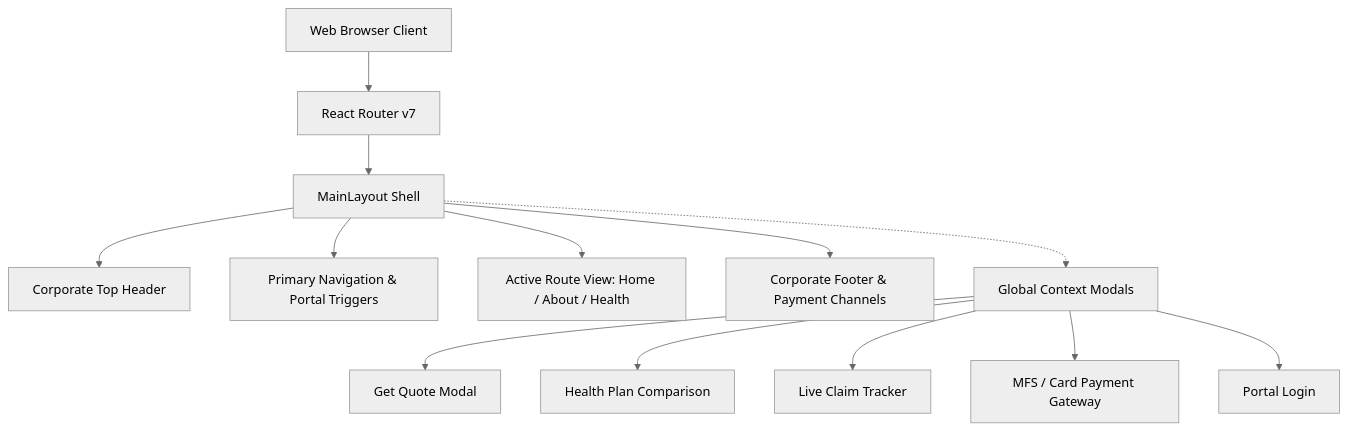
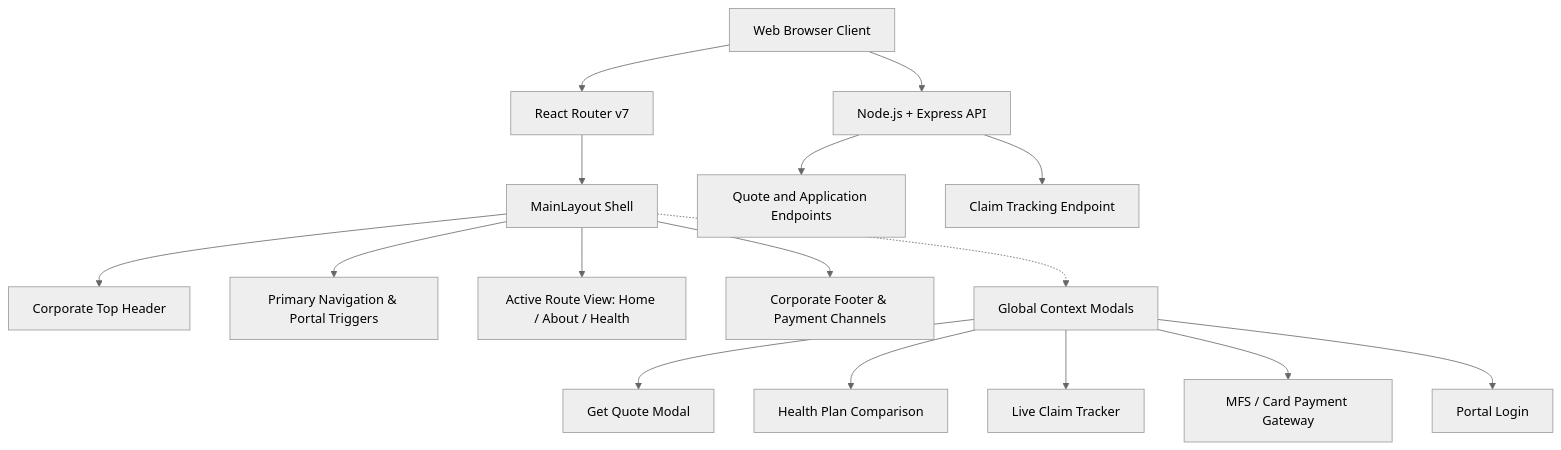
Before and after one commit to amin2305101727/purabi-insurance-portal: the diagram in README.md, drawn with Mermaid (neutral theme). The commit also changed other lines of this file and 5 other files, not shown here.

````diff
--- a/README.md
+++ b/README.md
@@ -109,16 +109,19 @@
 ```mermaid
 graph TD
     Client[Web Browser Client] --> Router[React Router v7]
     Router --> Layout[MainLayout Shell]
     Layout --> TopHeader[Corporate Top Header]
     Layout --> Navbar[Primary Navigation & Portal Triggers]
     Layout --> PageView[Active Route View: Home / About / Health]
     Layout --> Footer[Corporate Footer & Payment Channels]
     
     Layout -.-> Modals[Global Context Modals]
     Modals --> QuoteModal[Get Quote Modal]
     Modals --> CompareModal[Health Plan Comparison]
     Modals --> TrackerModal[Live Claim Tracker]
     Modals --> PaymentModal[MFS / Card Payment Gateway]
     Modals --> AuthModal[Portal Login]
+    Client --> API[Node.js + Express API]
+    API --> QuoteAPI[Quote and Application Endpoints]
+    API --> ClaimAPI[Claim Tracking Endpoint]
 ```
````
